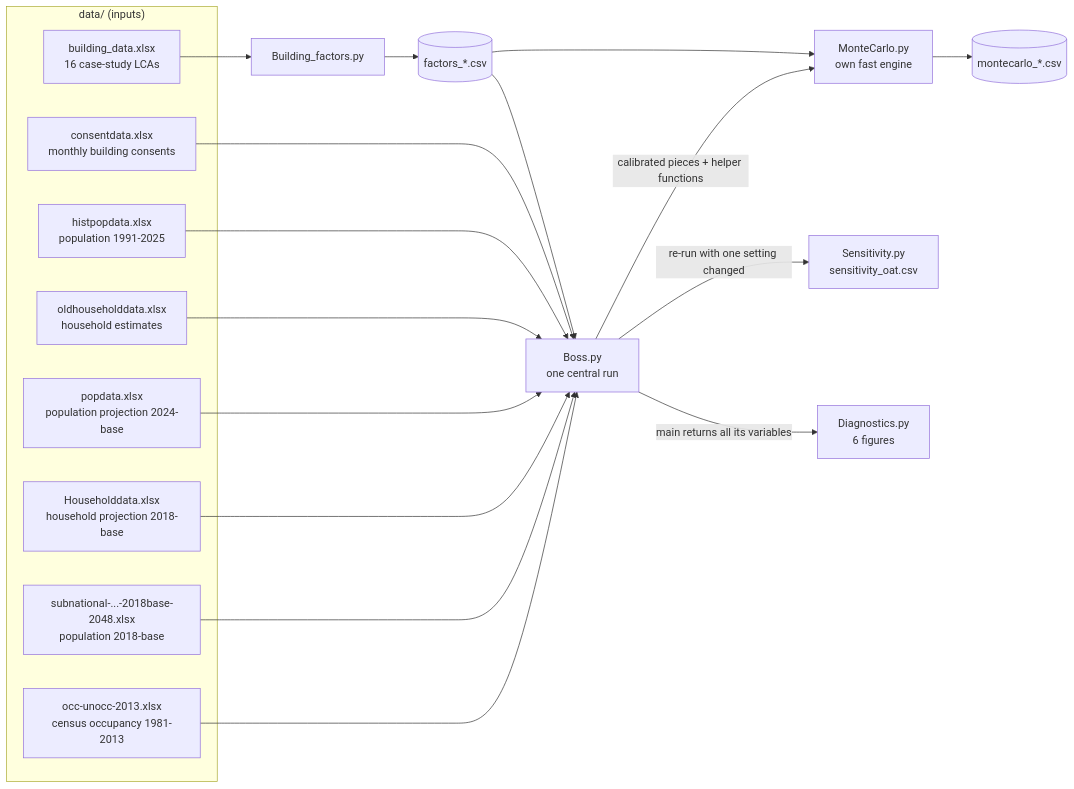
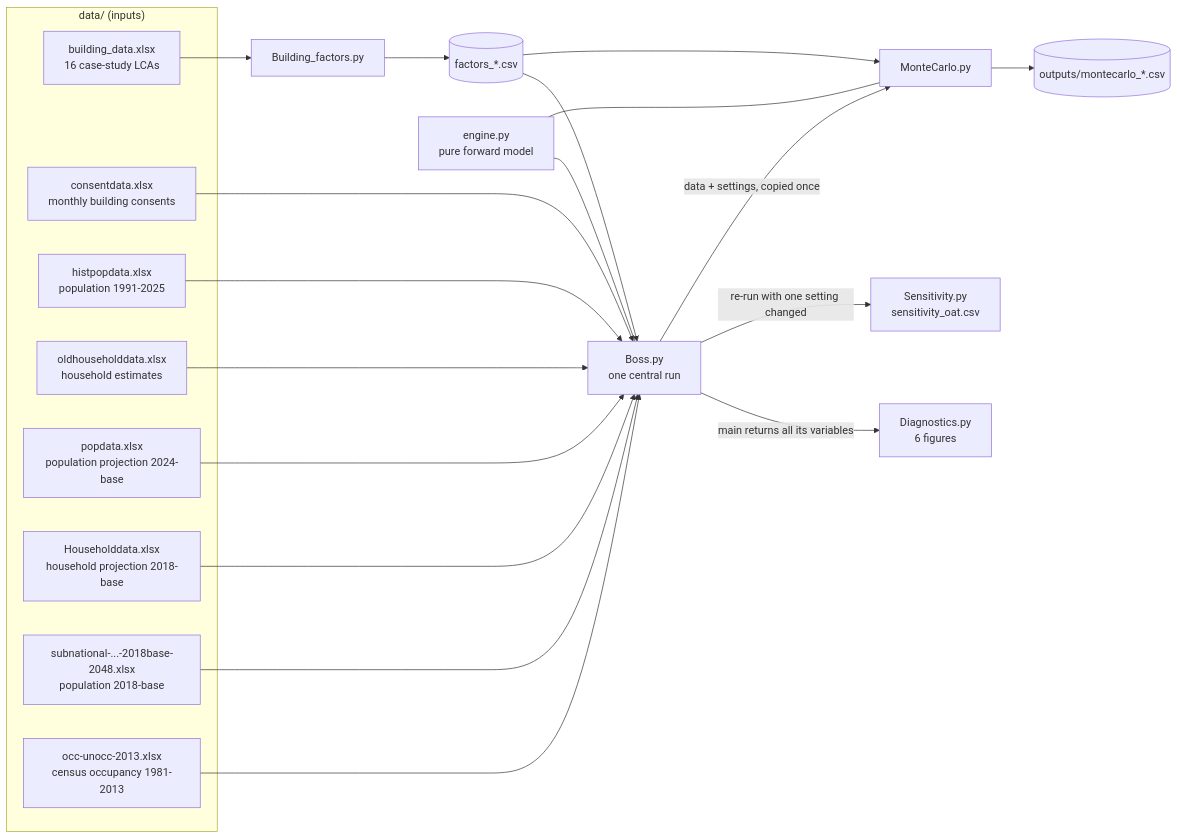
One commit to GerasimosChristoforatos/Pathway-Paper changed the diagram in ARCHITECTURE.md. Above: the diagram before and after it, drawn with Mermaid. The commit also changed other lines of this file and 15 other files, not shown here.

First line of the commit message:
Move the forward model into one pure engine used by Boss and MonteCarlo (item 3)

````diff
--- a/ARCHITECTURE.md
+++ b/ARCHITECTURE.md
@@ -36,22 +36,24 @@
 ```mermaid
 flowchart LR
     subgraph inputs["data/ (inputs)"]
         BD[building_data.xlsx<br/>16 case-study LCAs]
         CD[consentdata.xlsx<br/>monthly building consents]
         HP[histpopdata.xlsx<br/>population 1991-2025]
         OH[oldhouseholddata.xlsx<br/>household estimates]
         PP[popdata.xlsx<br/>population projection 2024-base]
         HH[Householddata.xlsx<br/>household projection 2018-base]
         SP[subnational-...-2018base-2048.xlsx<br/>population 2018-base]
         CE[occ-unocc-2013.xlsx<br/>census occupancy 1981-2013]
     end
     BF[Building_factors.py] --> F[(factors_*.csv)]
     BD --> BF
     F --> BOSS[Boss.py<br/>one central run]
+    ENG[engine.py<br/>pure forward model] --- BOSS
+    ENG --- MC
     CD & HP & OH & PP & HH & SP & CE --> BOSS
     BOSS -->|main returns all its variables| DIAG[Diagnostics.py<br/>6 figures]
     BOSS -->|re-run with one setting changed| SENS[Sensitivity.py<br/>sensitivity_oat.csv]
-    BOSS -->|calibrated pieces + helper functions| MC[MonteCarlo.py<br/>own fast engine]
+    BOSS -->|data + settings, copied once| MC[MonteCarlo.py]
     F --> MC
-    MC --> MCO[(montecarlo_*.csv)]
+    MC --> MCO[(outputs/montecarlo_*.csv)]
 ```
````
